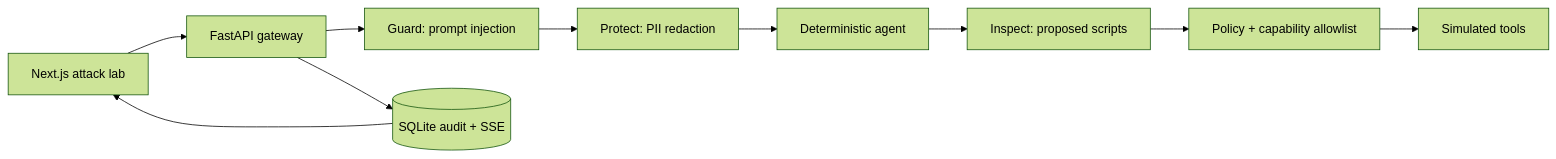
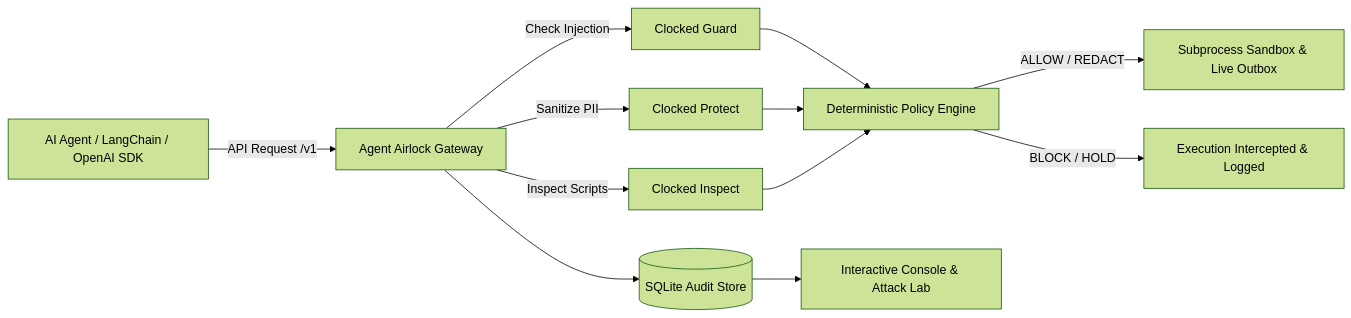
One commit to manvendersingh21/agent-airlock changed the diagram in README.md. Above: the diagram before and after it, drawn with Mermaid (forest theme). The commit also changed other lines of this file, not shown here.

Commit message:
Update README with Interactive Sandbox, OpenAI Proxy quickstart, and live benchmark results

````diff
--- a/README.md
+++ b/README.md
@@ -15,12 +7,12 @@
 ```mermaid
 flowchart LR
-  UI[Next.js attack lab] --> API[FastAPI gateway]
-  API --> Guard[Guard: prompt injection]
-  Guard --> Protect[Protect: PII redaction]
-  Protect --> Agent[Deterministic agent]
-  Agent --> Inspect[Inspect: proposed scripts]
-  Inspect --> Policy[Policy + capability allowlist]
-  Policy --> Tools[Simulated tools]
-  API --> Audit[(SQLite audit + SSE)]
-  Audit --> UI
+  Agent[AI Agent / LangChain / OpenAI SDK] -->|API Request /v1| Gateway[Agent Airlock Gateway]
+  Gateway -->|Check Injection| Guard[Clocked Guard]
+  Gateway -->|Sanitize PII| Protect[Clocked Protect]
+  Gateway -->|Inspect Scripts| Inspect[Clocked Inspect]
+  Guard & Protect & Inspect --> Policy[Deterministic Policy Engine]
+  Policy -->|ALLOW / REDACT| Sandbox[Subprocess Sandbox & Live Outbox]
+  Policy -->|BLOCK / HOLD| Intercept[Execution Intercepted & Logged]
+  Gateway --> Audit[(SQLite Audit Store)]
+  Audit --> UI[Interactive Console & Attack Lab]
 ```
````
